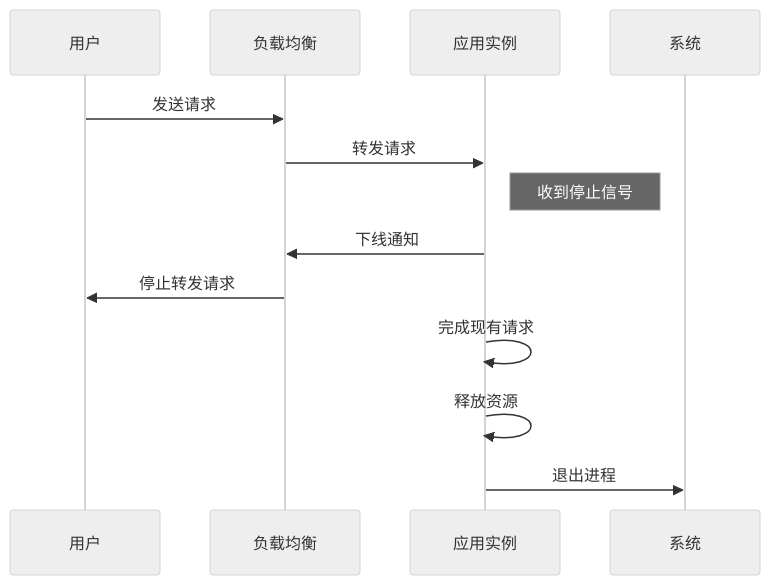
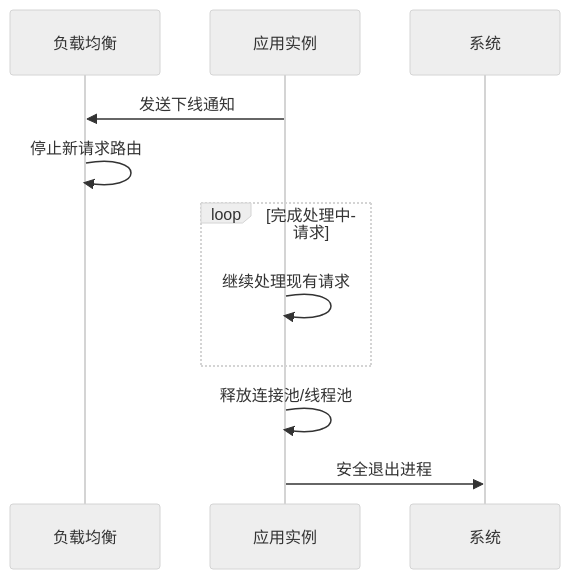
One commit to lettlehan/hans-blog changed the diagram in content/good-work/Spring Boot/优雅启停.md. Above: the diagram before and after it, drawn with Mermaid (neutral theme). The commit also changed other lines of this file and 16 other files, not shown here.

````diff
--- a/content/good-work/Spring Boot/优雅启停.md
+++ b/content/good-work/Spring Boot/优雅启停.md
@@ -12,14 +13,14 @@
-```mermaid  
-sequenceDiagram  
-    participant 用户  
-    participant 负载均衡  
-    participant 应用实例  
-    用户->>负载均衡: 发送请求  
-    负载均衡->>应用实例: 转发请求  
-    Note right of 应用实例: 收到停止信号  
-    应用实例->>负载均衡: 下线通知  
-    负载均衡->>用户: 停止转发请求  
-    应用实例->>应用实例: 完成现有请求  
-    应用实例->>应用实例: 释放资源  
-    应用实例->>系统: 退出进程  
-```  
+```mermaid
+sequenceDiagram
+    participant LB as 负载均衡
+    participant App as 应用实例
+    participant Sys as 系统
+    
+    App->>LB: 发送下线通知
+    LB->>LB: 停止新请求路由
+    loop 完成处理中请求
+        App->>App: 继续处理现有请求
+    end
+    App->>App: 释放连接池/线程池
+    App->>Sys: 安全退出进程
+```
````
